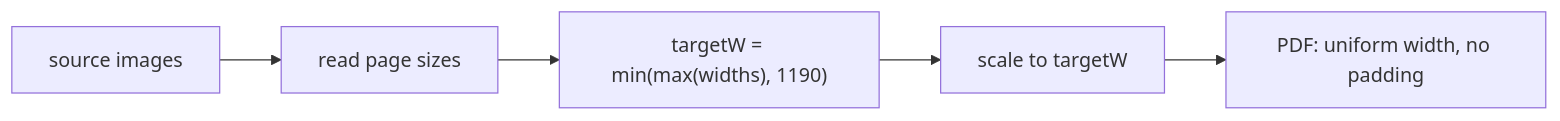
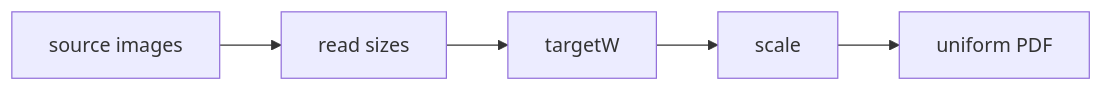
The diagram in docs/en/architecture/pdf.md (aDarkMaker/JMFM), drawn with Mermaid before and after one commit. The commit also changed 20 other files, not shown here.

Commit message:
docs: fix mermaid diagrams and tighten wiki copy

````diff
--- a/docs/en/architecture/pdf.md
+++ b/docs/en/architecture/pdf.md
@@ -22,7 +22,7 @@
 ```mermaid
 flowchart LR
-    imgs["source images"] --> sizes["read page sizes"]
-    sizes --> target["targetW = min(max(widths), 1190)"]
-    target --> resize["scale to targetW"]
-    resize --> pdf["PDF: uniform width, no padding"]
+    imgs[source images] --> sizes[read sizes]
+    sizes --> target[targetW]
+    target --> resize[scale]
+    resize --> pdf[uniform PDF]
 ```
````
